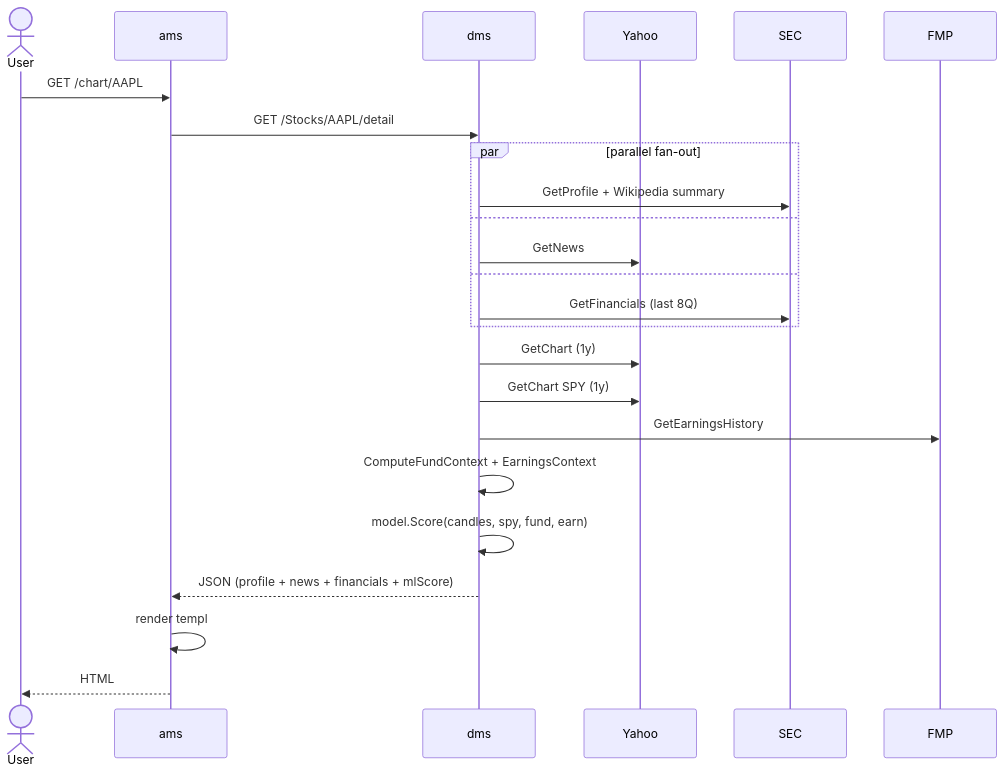
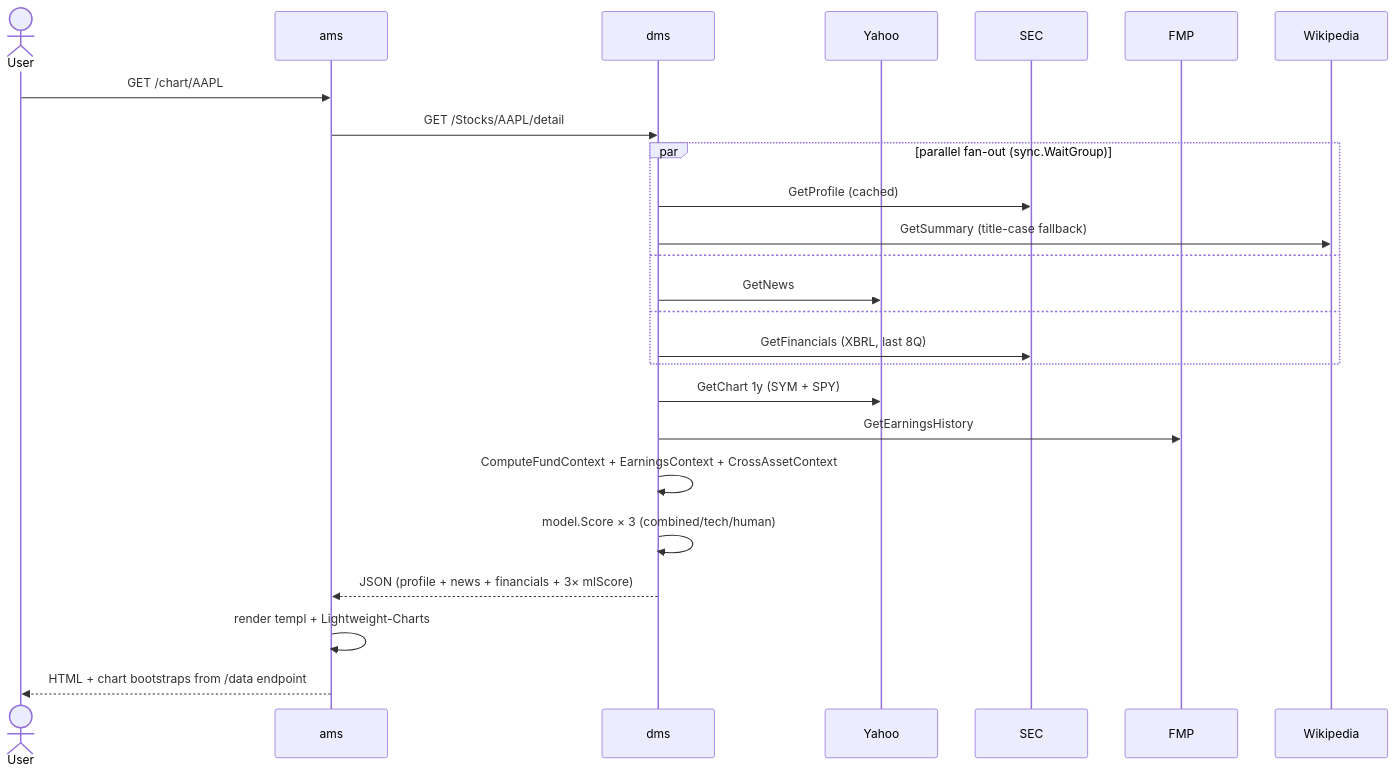
One commit to NickChunglolz/stock-advisor-showcase changed the fourth of 4 diagrams in README.md. Above: the diagram before and after it, drawn with Mermaid. The commit also changed other lines of this file, not shown here.

First line of the commit message:
docs: refresh with current state — sub-models, cross-asset, training pipeline

````diff
--- a/README.md
+++ b/README.md
@@ -110,27 +202,28 @@
 ```mermaid
 sequenceDiagram
     actor U as User
     participant A as ams
     participant D as dms
     participant Y as Yahoo
     participant S as SEC
     participant F as FMP
+    participant W as Wikipedia
 
     U->>A: GET /chart/AAPL
     A->>D: GET /Stocks/AAPL/detail
-    par parallel fan-out
-        D->>S: GetProfile + Wikipedia summary
+    par parallel fan-out (sync.WaitGroup)
+        D->>S: GetProfile (cached)
+        D->>W: GetSummary (title-case fallback)
     and
         D->>Y: GetNews
     and
-        D->>S: GetFinancials (last 8Q)
+        D->>S: GetFinancials (XBRL, last 8Q)
     end
-    D->>Y: GetChart (1y)
-    D->>Y: GetChart SPY (1y)
+    D->>Y: GetChart 1y (SYM + SPY)
     D->>F: GetEarningsHistory
-    D->>D: ComputeFundContext + EarningsContext
-    D->>D: model.Score(candles, spy, fund, earn)
-    D-->>A: JSON (profile + news + financials + mlScore)
-    A->>A: render templ
-    A-->>U: HTML
+    D->>D: ComputeFundContext + EarningsContext + CrossAssetContext
+    D->>D: model.Score × 3 (combined/tech/human)
+    D-->>A: JSON (profile + news + financials + 3× mlScore)
+    A->>A: render templ + Lightweight-Charts
+    A-->>U: HTML + chart bootstraps from /data endpoint
 ```
````
